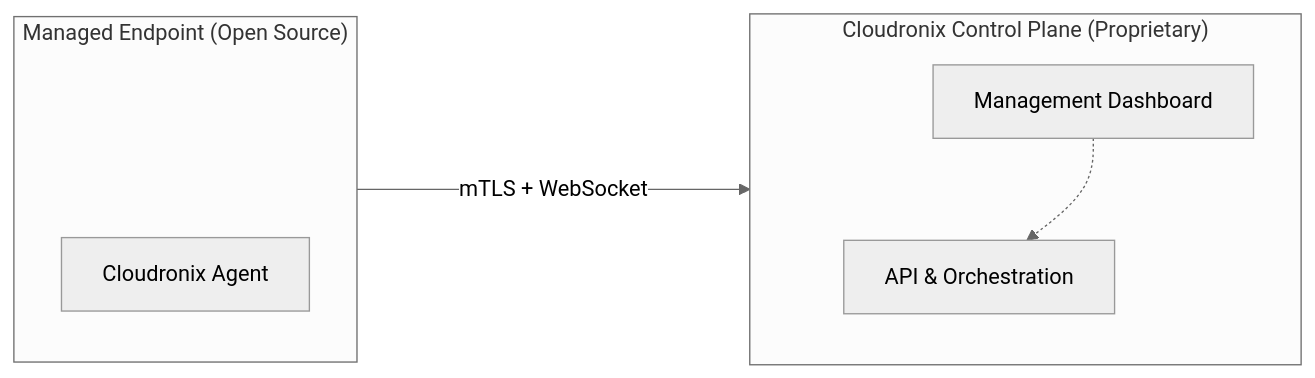
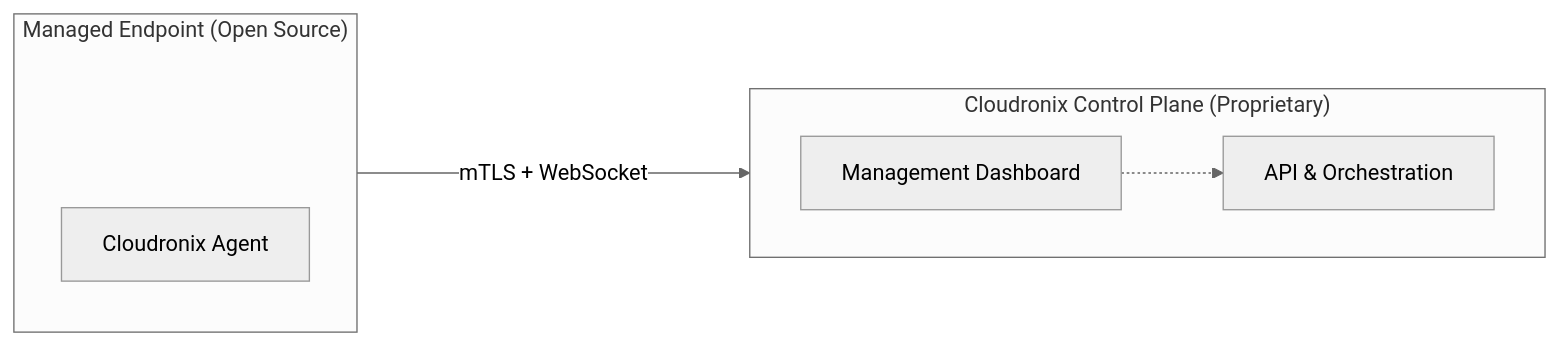
The diagram in README.md (alexandrosnt/Cloudronix), drawn with Mermaid (neutral theme) before and after one commit.

Commit message:
Modifying README.md graph for better visibility, as it still was problematic.

````diff
--- a/README.md
+++ b/README.md
@@ -23,30 +23,22 @@
 ```mermaid
 graph LR
-    %% 1. Define a 'spacer' style: Invisible box, 50px high
-    classDef spacer width:0px,height:50px,fill:none,stroke:none;
+    %% Define a spacer to force vertical distance
+    classDef spacer height:30px,fill:none,stroke:none;
 
     subgraph "Managed Endpoint (Open Source)"
         direction TB
-        %% Spacer 1 pushes the Agent down
-        Space1[ ]:::spacer
+        %% This invisible spacer pushes the Agent box down
+        S1[ ]:::spacer
         Agent[Cloudronix Agent]
-        
-        %% The ~~~ creates an INVISIBLE link to stack them
-        Space1 ~~~ Agent
+        S1 ~~~ Agent
     end
 
     subgraph "Cloudronix Control Plane (Proprietary)"
-        direction TB
-        %% Spacer 2 pushes the API down
-        Space2[ ]:::spacer
+        direction LR
+        UI[Management Dashboard]
         API[API & Orchestration]
-        UI[Management Dashboard]
-        
-        %% Invisible link stacking
-        Space2 ~~~ API
+        UI -.-> API
     end
 
-    %% 2. Use a long arrow (---->) to move the text away from the border
     Agent ---->|mTLS + WebSocket| API
-    UI -.-> API
 ```
````
